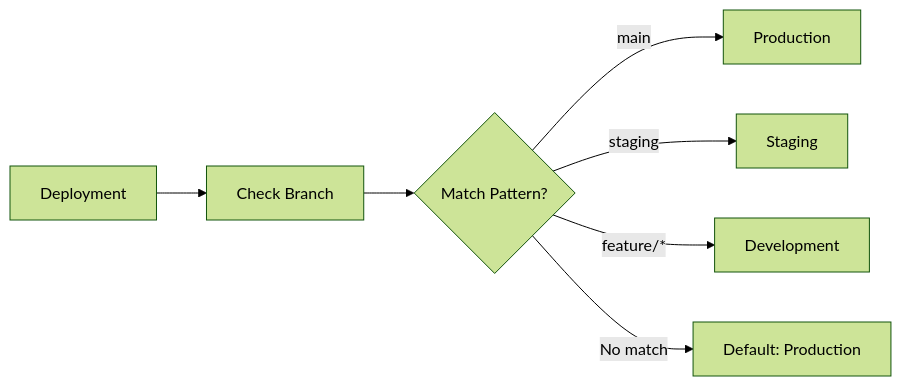
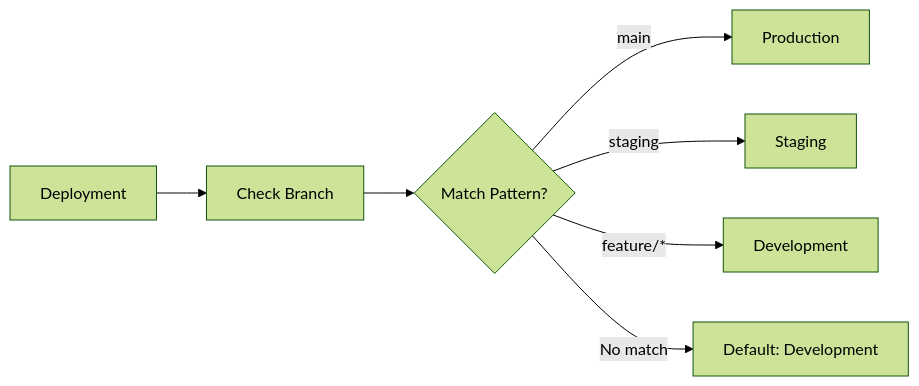
The diagram in docs/src/user-guide/environments.md (getserops/serops), drawn with Mermaid (forest theme) before and after one commit. The commit also changed other lines of this file and 172 other files, not shown here.

````diff
--- a/docs/src/user-guide/environments.md
+++ b/docs/src/user-guide/environments.md
@@ -21,9 +21,9 @@
 ```mermaid
 graph LR
     A[Deployment] --> B[Check Branch]
     B --> C{Match Pattern?}
     C -->|main| D[Production]
     C -->|staging| E[Staging]
     C -->|feature/*| F[Development]
-    C -->|No match| G[Default: Production]
+    C -->|No match| G[Default: Development]
 ```
````
